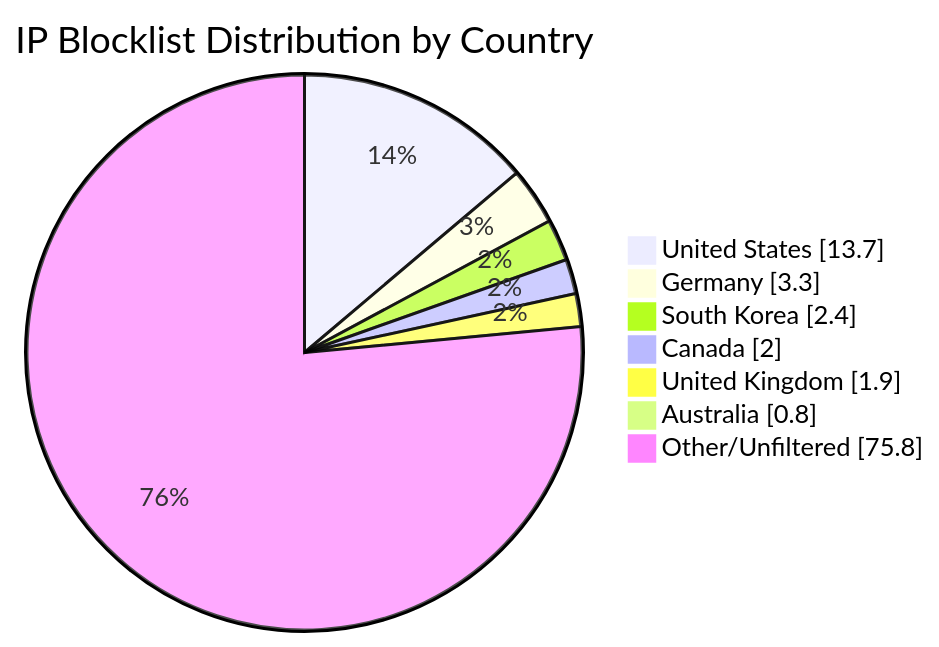
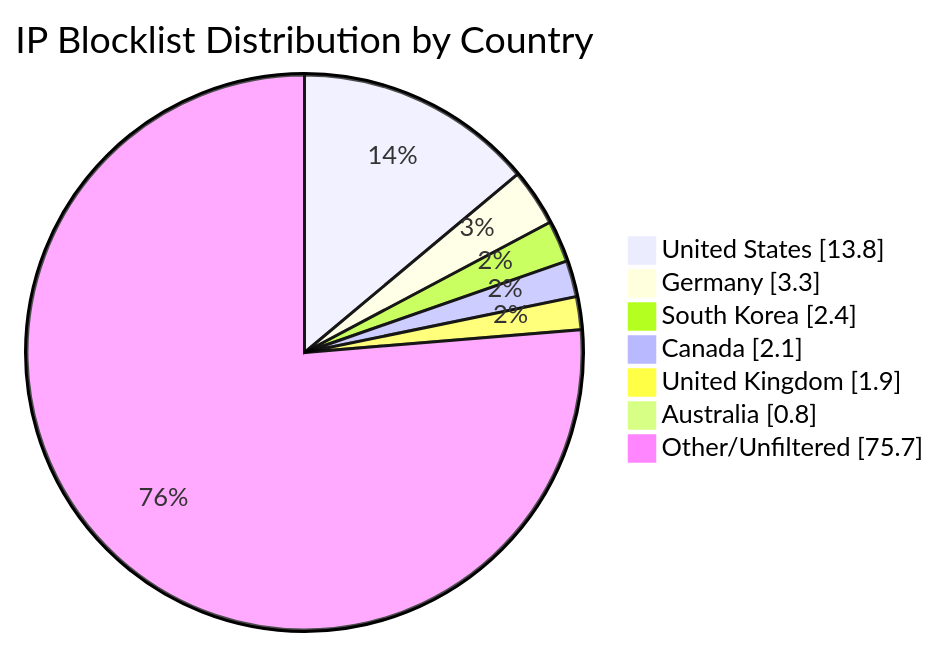
One commit to MarcusHoltz/ipblocklist-geofiltered-aggregator changed the diagram in README.md. Above: the diagram before and after it, drawn with Mermaid. The commit also changed other lines of this file and 9 other files, not shown here.

````diff
--- a/README.md
+++ b/README.md
@@ -34,10 +34,10 @@
 ```mermaid
 pie showData title IP Blocklist Distribution by Country
-"United States" : 13.7
+"United States" : 13.8
 "Germany" : 3.3
 "South Korea" : 2.4
-"Canada" : 2.0
+"Canada" : 2.1
 "United Kingdom" : 1.9
 "Australia" : 0.8
-"Other/Unfiltered" : 75.8
+"Other/Unfiltered" : 75.7
 ```
````
